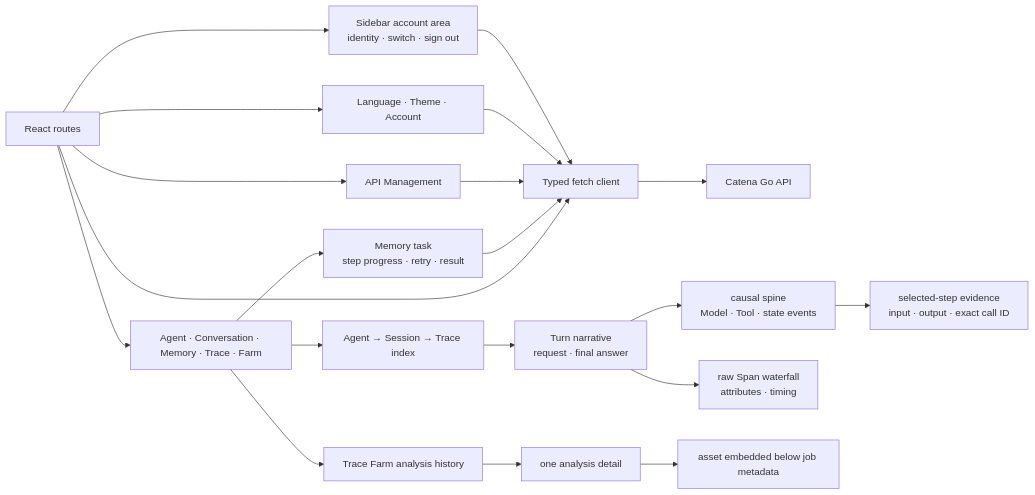
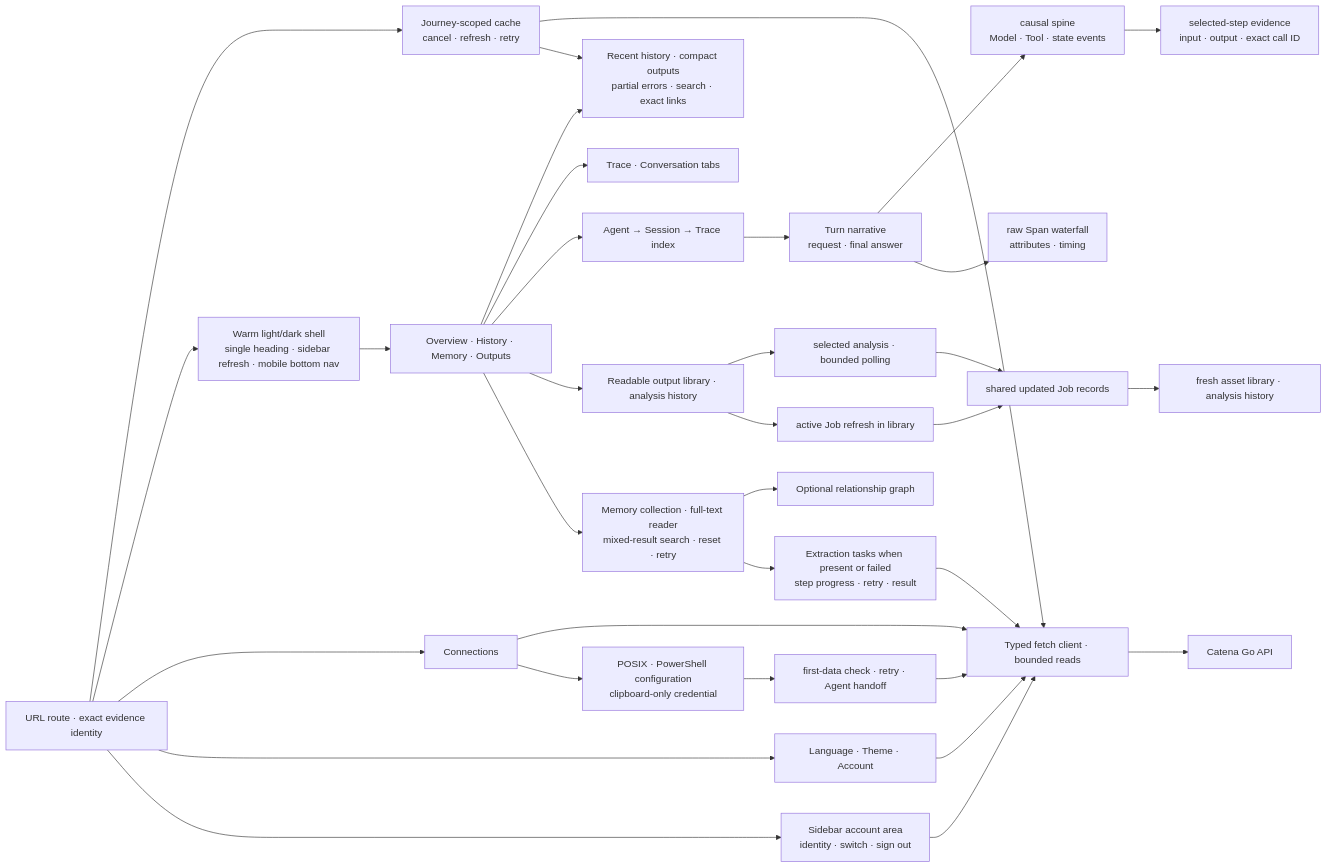
One commit to fightheyyy/CATENA changed the first of 2 diagrams in catena-web/SPEC.md. Above: the diagram before and after it, drawn with Mermaid. The commit also changed other lines of this file and 52 other files, not shown here.

Commit message:
Redesign workspace overview and rebuild embedded web bundle

````diff
--- a/catena-web/SPEC.md
+++ b/catena-web/SPEC.md
@@ -12,22 +15,35 @@
 ```mermaid
 flowchart LR
-    Routes["React routes"] --> API["Typed fetch client"]
+    Routes["URL route · exact evidence identity"] --> Data["Journey-scoped cache<br/>cancel · refresh · retry"]
+    Data --> API["Typed fetch client · bounded reads"]
     API --> Go["Catena Go API"]
-    Routes --> Views["Agent · Conversation · Memory · Trace · Farm"]
+    Routes --> Shell["Warm light/dark shell<br/>single heading · sidebar refresh · mobile bottom nav"]
+    Shell --> Views["Overview · History · Memory · Outputs"]
+    Data --> Overview["Recent history · compact outputs<br/>partial errors · search · exact links"]
+    Views --> Overview
+    Views --> History["Trace · Conversation tabs"]
     Views --> TraceIndex["Agent → Session → Trace index"]
     TraceIndex --> Narrative["Turn narrative<br/>request · final answer"]
     Narrative --> CausalSpine["causal spine<br/>Model · Tool · state events"]
     CausalSpine --> InlineEvidence["selected-step evidence<br/>input · output · exact call ID"]
     Narrative --> Diagnostics["raw Span waterfall<br/>attributes · timing"]
-    Views --> Farm["Trace Farm analysis history"]
-    Farm --> JobDetail["one analysis detail"]
-    JobDetail --> EmbeddedAsset["asset embedded below job metadata"]
-    Views --> MemoryTask["Memory task<br/>step progress · retry · result"]
+    Views --> Farm["Readable output library · analysis history"]
+    Farm --> JobDetail["selected analysis · bounded polling"]
+    JobDetail --> JobState["shared updated Job records"]
+    Farm --> Background["active Job refresh in library"]
+    Background --> JobState
+    JobState --> EmbeddedAsset["fresh asset library · analysis history"]
+    Views --> MemoryCards["Memory collection · full-text reader<br/>mixed-result search · reset · retry"]
+    MemoryCards --> Graph["Optional relationship graph"]
+    MemoryCards --> MemoryTask["Extraction tasks when present or failed<br/>step progress · retry · result"]
     MemoryTask --> API
-    Routes --> Keys["API Management"]
+    Routes --> Keys["Connections"]
     Keys --> API
+    Keys --> Guide["POSIX · PowerShell configuration<br/>clipboard-only credential"]
+    Guide --> FirstData["first-data check · retry · Agent handoff"]
+    FirstData --> API
     Routes --> Settings["Language · Theme · Account"]
     Settings --> API
     Routes --> AccountMenu["Sidebar account area<br/>identity · switch · sign out"]
     AccountMenu --> API
 ```
````
